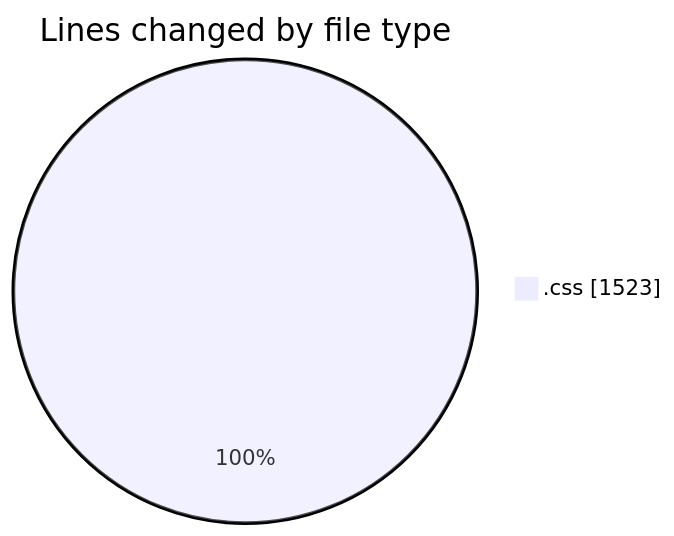
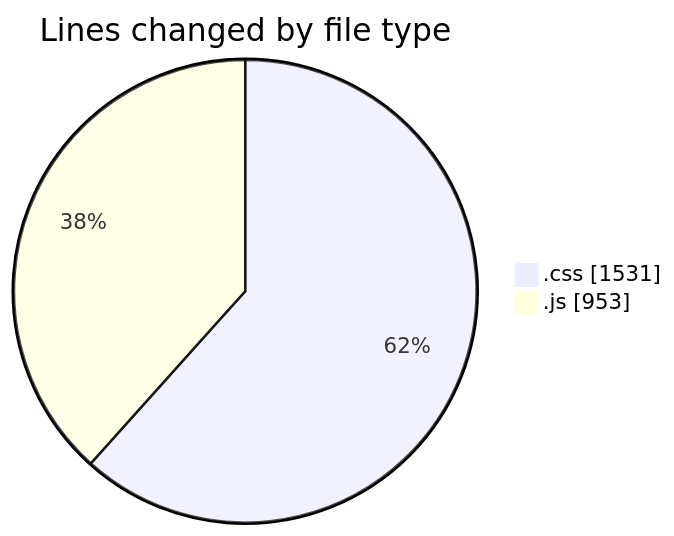
The first of 2 diagrams in 2026-04-23/darkwire/README.md (tmsrecording-cyber/code-tracking), drawn with Mermaid before and after one commit. The commit also changed other lines of this file and 1 other file, not shown here.

````diff
--- a/2026-04-23/darkwire/README.md
+++ b/2026-04-23/darkwire/README.md
@@ -21,5 +23,6 @@
 ```mermaid
 pie showData
 title Lines changed by file type
-".css" : 1523
+".css" : 1531
+".js" : 953
 ```
````
